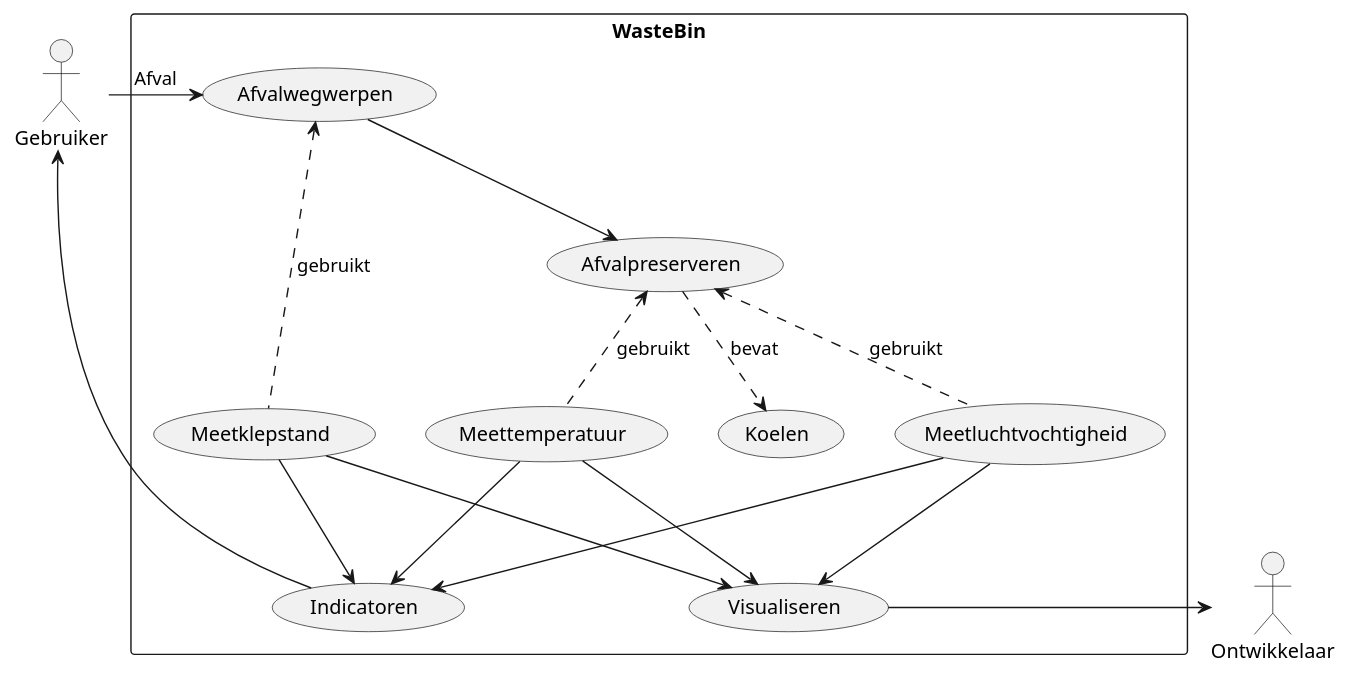
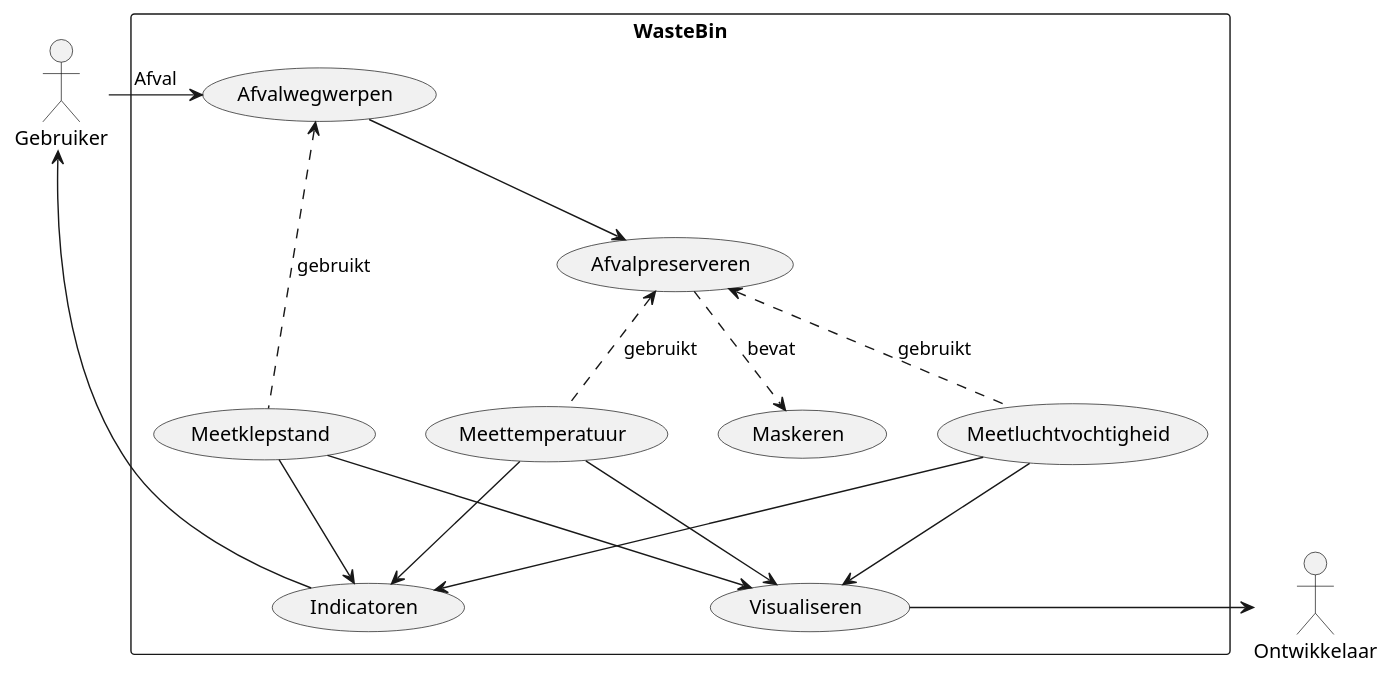
One commit to Casperdroid5/IoT-WasteBin-prototype changed the diagram in Diagrammen/UseCaseDiagram.puml. Above: the diagram before and after it, drawn with PlantUML. The commit also changed 6 other files, not shown here.

```diff
--- a/Diagrammen/UseCaseDiagram.puml
+++ b/Diagrammen/UseCaseDiagram.puml
@@ -1,30 +1,28 @@
 @startuml Waste Bin Use Case Diagram
-
-
 
 
 actor Gebruiker
 actor Ontwikkelaar
 
 rectangle WasteBin {
   Gebruiker -right-> (Afvalwegwerpen) : Afval
   (Afvalwegwerpen) --> (Afvalpreserveren) 
 
   (Meettemperatuur) -[dashed]up-> Afvalpreserveren : gebruikt
   (Meetluchtvochtigheid) -[dashed]up-> Afvalpreserveren : gebruikt
   (Meetklepstand) -[dashed]up-> Afvalwegwerpen : gebruikt
 
-  (Afvalpreserveren) -[dashed]-> (Koelen) : bevat
+  (Afvalpreserveren) -[dashed]-> (Maskeren) : bevat
   (Meetluchtvochtigheid) --> (Visualiseren) 
   (Meettemperatuur) --> (Visualiseren)
   (Meetklepstand) --> (Visualiseren) 
   (Visualiseren) -right-> Ontwikkelaar
   
   (Meetklepstand) --> (Indicatoren)
   (Meetluchtvochtigheid) --> (Indicatoren)
   (Meettemperatuur) --> (Indicatoren)
   (Indicatoren) -left-> Gebruiker
 }
 
 
 @enduml
```
